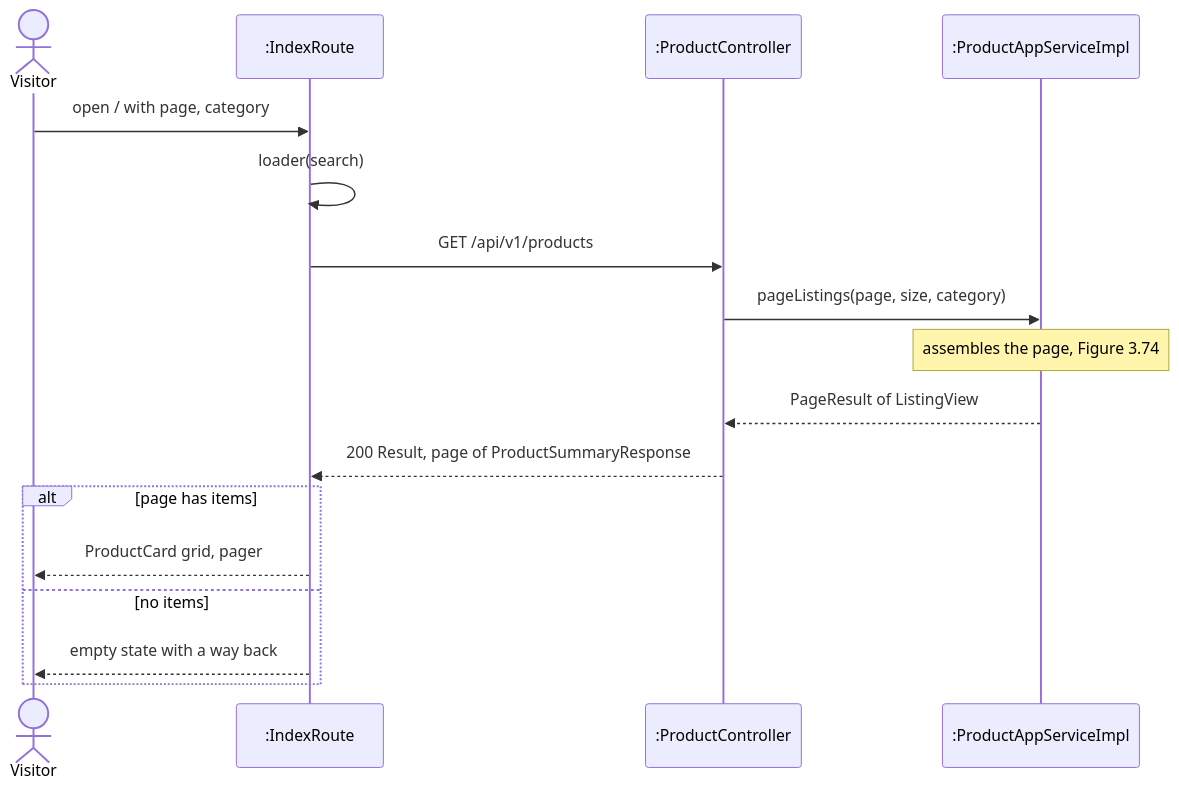
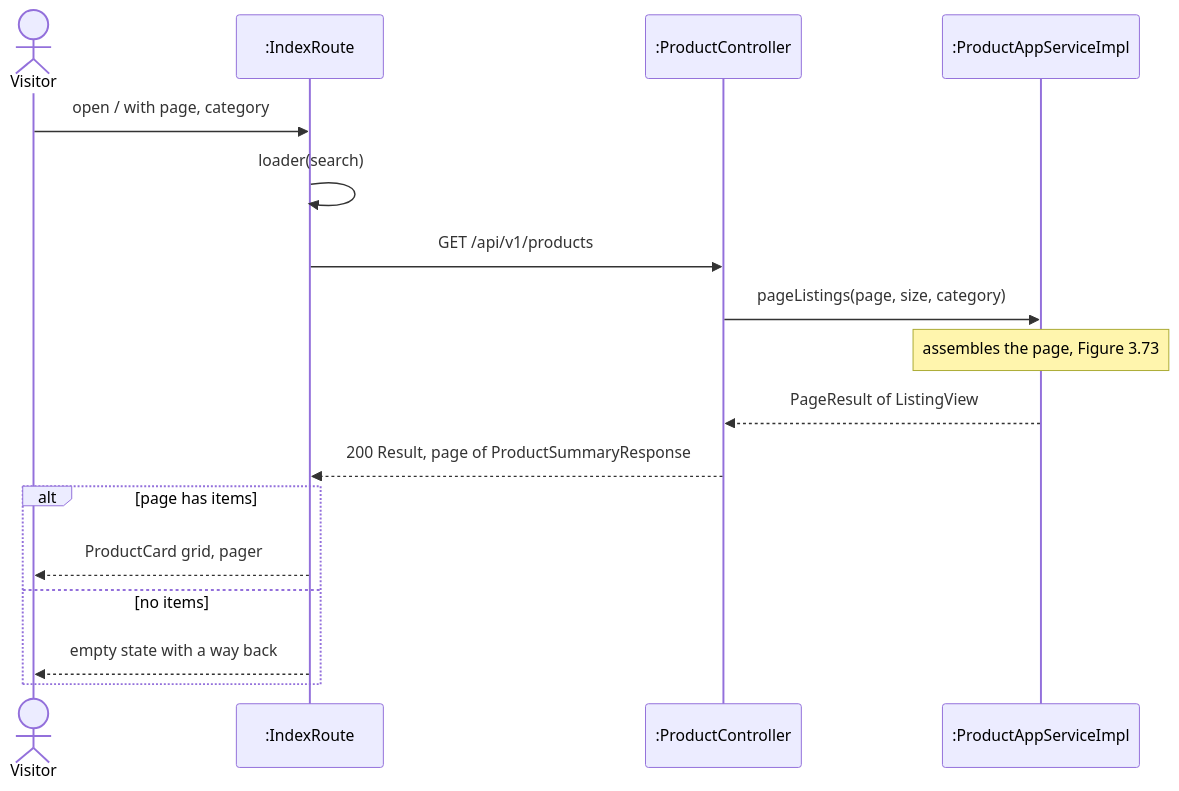
Diagram 12 of 18 in docs/swe5006/report/sections/03-4-3-pan.md (PPsyrius/iss-groupbuy-team8), drawn with Mermaid before and after one commit. The commit also changed other lines of this file and 5 other files, not shown here.

````diff
--- a/docs/swe5006/report/sections/03-4-3-pan.md
+++ b/docs/swe5006/report/sections/03-4-3-pan.md
@@ -570,19 +570,19 @@
 ```mermaid
 sequenceDiagram
     actor Visitor
     participant R as :IndexRoute
     participant PC as :ProductController
     participant AS as :ProductAppServiceImpl
     Visitor->>R: open / with page, category
     R->>R: loader(search)
     R->>PC: GET /api/v1/products
     PC->>AS: pageListings(page, size, category)
-    Note over AS: assembles the page, Figure 3.74
+    Note over AS: assembles the page, Figure 3.73
     AS-->>PC: PageResult of ListingView
     PC-->>R: 200 Result, page of ProductSummaryResponse
     alt page has items
         R-->>Visitor: ProductCard grid, pager
     else no items
         R-->>Visitor: empty state with a way back
     end
 ```
````
